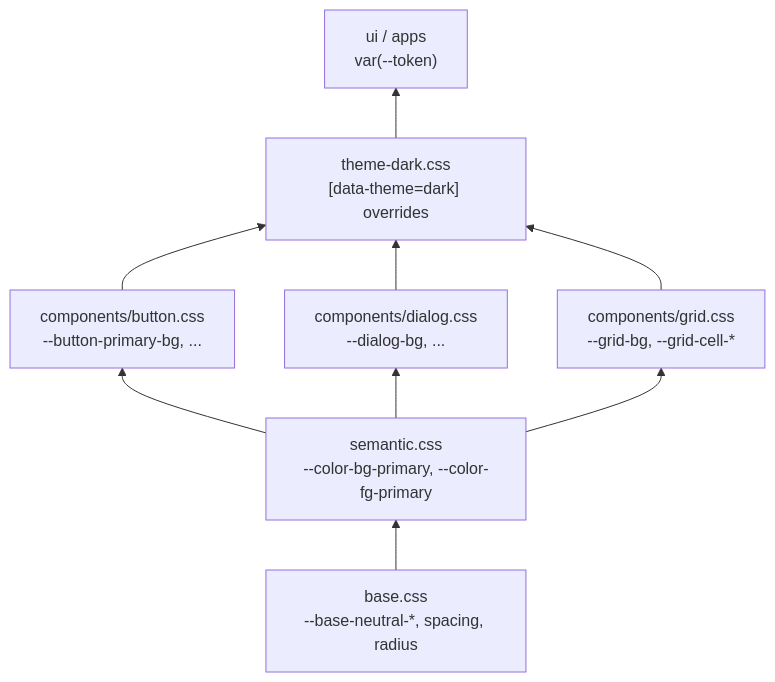
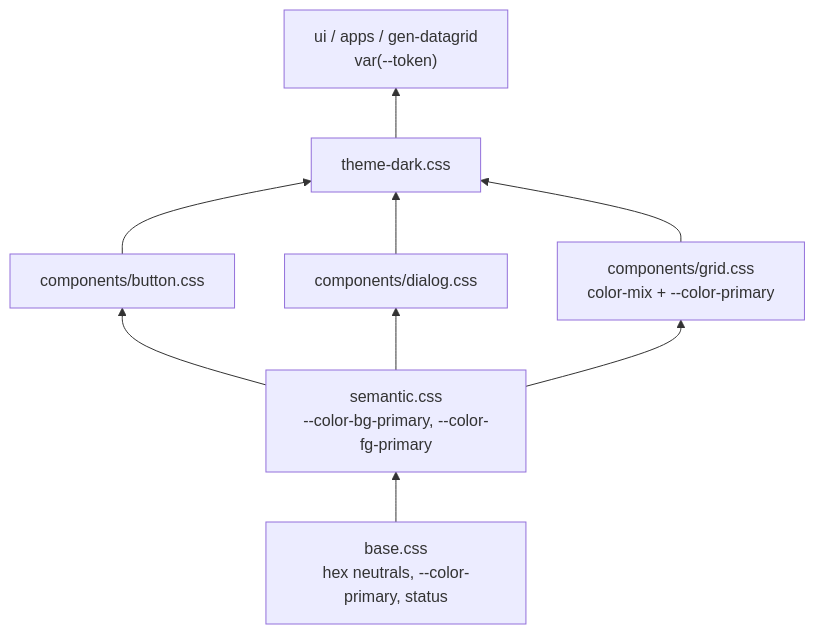
Before and after one commit to truerain/genoffice-v2: the second of 6 diagrams in packages/theme/.docs/architecture.md, drawn with Mermaid. The commit also changed other lines of this file and 26 other files, not shown here.

````diff
--- a/packages/theme/.docs/architecture.md
+++ b/packages/theme/.docs/architecture.md
@@ -93,15 +105,15 @@
 ```mermaid
 flowchart BT
-  BASE["base.css<br/>--base-neutral-*, spacing, radius"]
+  BASE["base.css<br/>hex neutrals, --color-primary, status"]
   SEM["semantic.css<br/>--color-bg-primary, --color-fg-primary"]
-  BTN["components/button.css<br/>--button-primary-bg, ..."]
-  DLG["components/dialog.css<br/>--dialog-bg, ..."]
-  GRD["components/grid.css<br/>--grid-bg, --grid-cell-*"]
-  DARK["theme-dark.css<br/>[data-theme=dark] overrides"]
-  APP["ui / apps<br/>var(--token)"]
+  BTN["components/button.css"]
+  DLG["components/dialog.css"]
+  GRD["components/grid.css<br/>color-mix + --color-primary"]
+  DARK["theme-dark.css"]
+  APP["ui / apps / gen-datagrid<br/>var(--token)"]
 
   BASE --> SEM
   SEM --> BTN & DLG & GRD
   BTN & DLG & GRD --> DARK
   DARK --> APP
 ```
````
